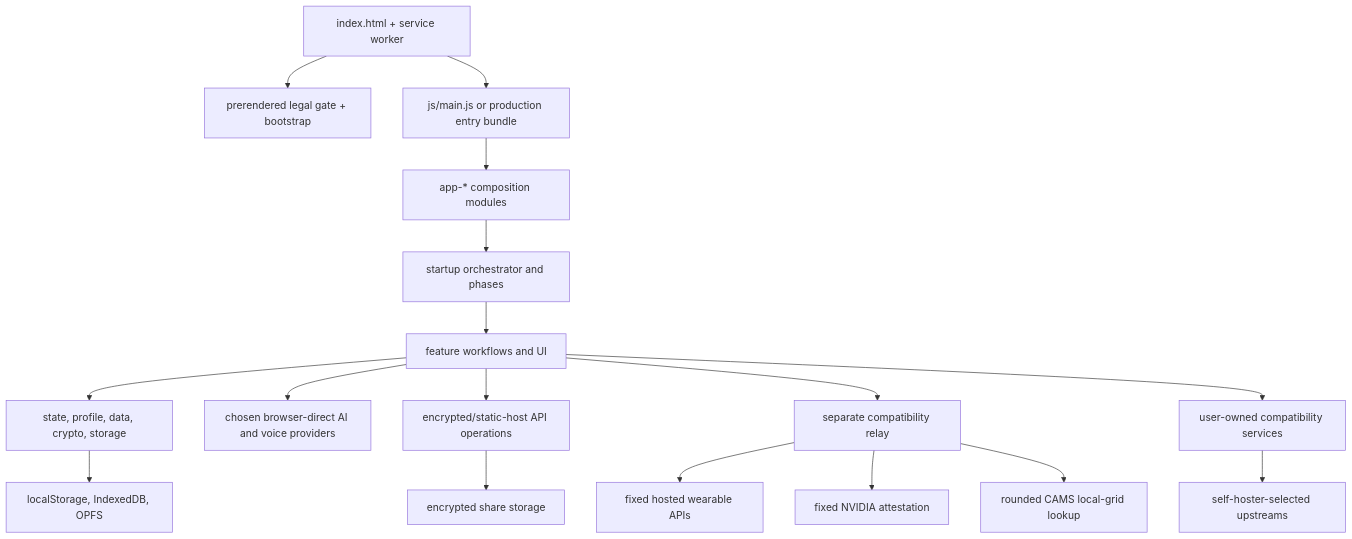
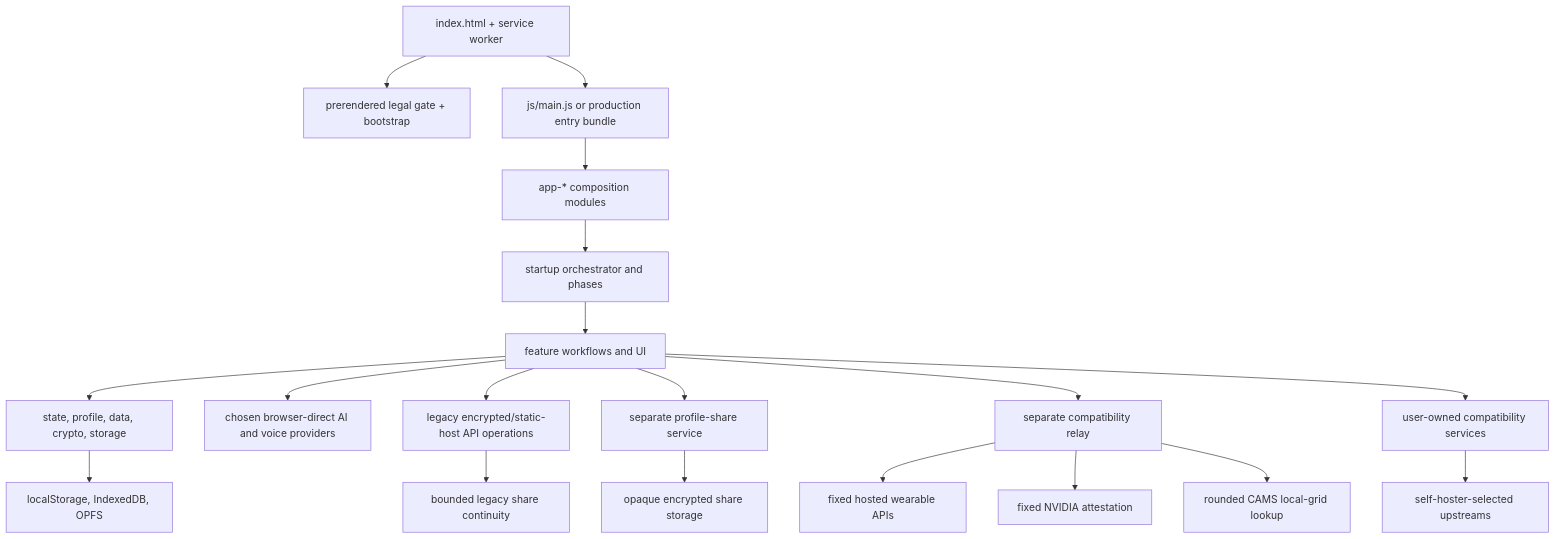
One commit to elkimek/get-based changed the diagram in ARCHITECTURE.md. Above: the diagram before and after it, drawn with Mermaid. The commit also changed other lines of this file and 27 other files, not shown here.

First line of the commit message:
Move encrypted profile sharing to dedicated VPS service (#1569)

````diff
--- a/ARCHITECTURE.md
+++ b/ARCHITECTURE.md
@@ -35,19 +35,21 @@
 ```mermaid
 flowchart TD
   HTML[index.html + service worker] --> Legal[prerendered legal gate + bootstrap]
   HTML --> Main[js/main.js or production entry bundle]
   Main --> Composition[app-* composition modules]
   Composition --> Startup[startup orchestrator and phases]
   Startup --> Features[feature workflows and UI]
   Features --> Foundation[state, profile, data, crypto, storage]
   Foundation --> BrowserStorage[localStorage, IndexedDB, OPFS]
   Features --> Direct[chosen browser-direct AI and voice providers]
-  Features --> Vercel[encrypted/static-host API operations]
-  Vercel --> Ciphertext[encrypted share storage]
+  Features --> Vercel[legacy encrypted/static-host API operations]
+  Vercel --> LegacyCiphertext[bounded legacy share continuity]
+  Features --> ProfileShare[separate profile-share service]
+  ProfileShare --> Ciphertext[opaque encrypted share storage]
   Features --> Compatibility[separate compatibility relay]
   Compatibility --> Wearables[fixed hosted wearable APIs]
   Compatibility --> Attestation[fixed NVIDIA attestation]
   Compatibility --> Cams[rounded CAMS local-grid lookup]
   Features --> SelfHost[user-owned compatibility services]
   SelfHost --> Upstreams[self-hoster-selected upstreams]
 ```
````
